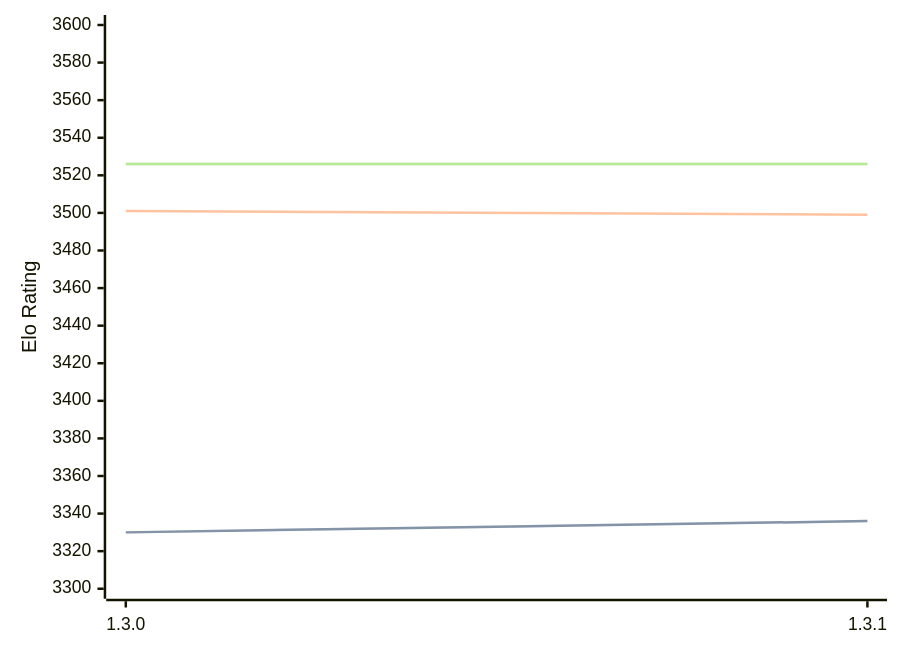
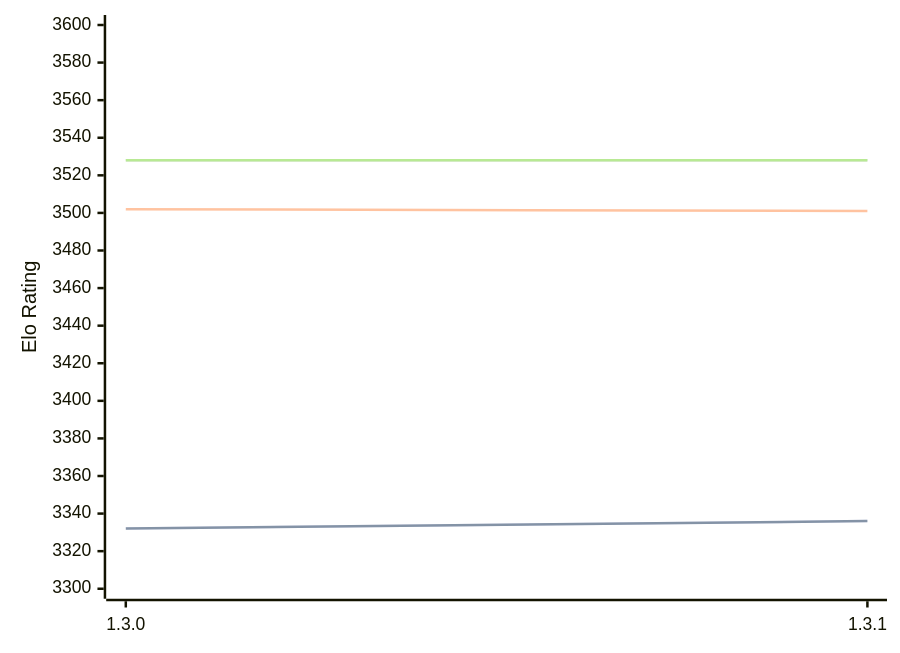
Before and after one commit to computer-chess-index/cci: the diagram in engines/Renegade.md, drawn with Mermaid. The commit also changed other lines of this file, not shown here.

Commit message:
Update CCI Ratings (ELO VLTC) - 2026-08-15

````diff
--- a/engines/Renegade.md
+++ b/engines/Renegade.md
@@ -33,11 +33,11 @@
 ```mermaid
 %%{init: {"theme":"base","themeVariables":{"seriesColors:['#a3a3a3','#222221','#faa371']}}}%%
 xychart-beta
   x-axis ["1.3.0", "1.3.1"]
   y-axis "Elo Rating" 3300 --> 3600
-  line "STC (8.0+0.08s)" [3330, 3336]
-  line "STC (8.0+0.08s)" [3330, 3336]
-  line "LTC (60.0+0.60s)" [3501, 3499]
-  line "VLTC (2m24s+1.12s)" [3526, 3526]
-  line "VLTC (2m24s+1.12s)" [3526, 3526]
+  line "STC (8.0+0.08s)" [3332, 3336]
+  line "STC (8.0+0.08s)" [3332, 3336]
+  line "LTC (60.0+0.60s)" [3502, 3501]
+  line "VLTC (2m24s+1.12s)" [3528, 3528]
+  line "VLTC (2m24s+1.12s)" [3528, 3528]
 ```
````
